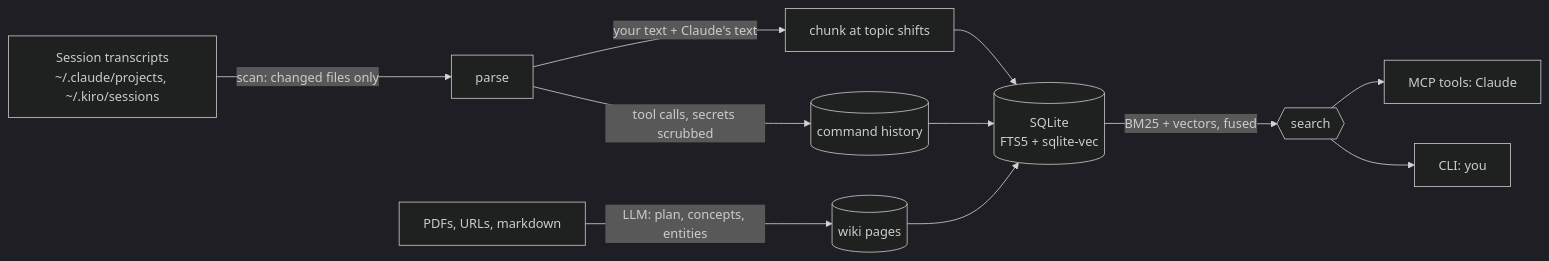
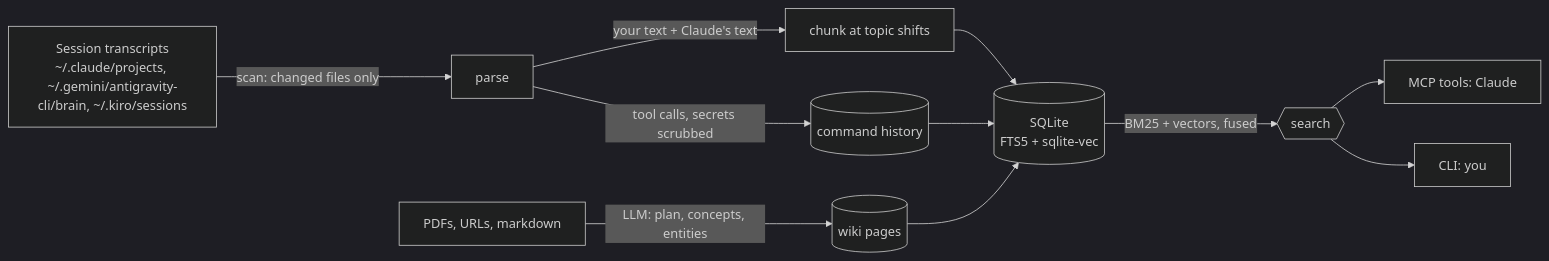
One commit to aarushgarg1110/medulla changed the diagram in README.md. Above: the diagram before and after it, drawn with Mermaid (dark theme). The commit also changed other lines of this file and 21 other files, not shown here.

First line of the commit message:
feat: add Antigravity CLI (agy) support and episodic source registry (#12) (#71)

````diff
--- a/README.md
+++ b/README.md
@@ -161,13 +200,13 @@
 ```mermaid
 flowchart LR
-    T["Session transcripts<br/>~/.claude/projects, ~/.kiro/sessions"] -->|"scan: changed files only"| P[parse]
+    T["Session transcripts<br/>~/.claude/projects, ~/.gemini/antigravity-cli/brain, ~/.kiro/sessions"] -->|"scan: changed files only"| P[parse]
     P -->|"your text + Claude's text"| C["chunk at topic shifts"]
     P -->|"tool calls, secrets scrubbed"| H[("command history")]
     C --> DB[("SQLite<br/>FTS5 + sqlite-vec")]
     H --> DB
     S["PDFs, URLs, markdown"] -->|"LLM: plan, concepts, entities"| W[("wiki pages")]
     W --> DB
     DB -->|"BM25 + vectors, fused"| Q{{search}}
     Q --> M["MCP tools: Claude"]
     Q --> L["CLI: you"]
 ```
````
